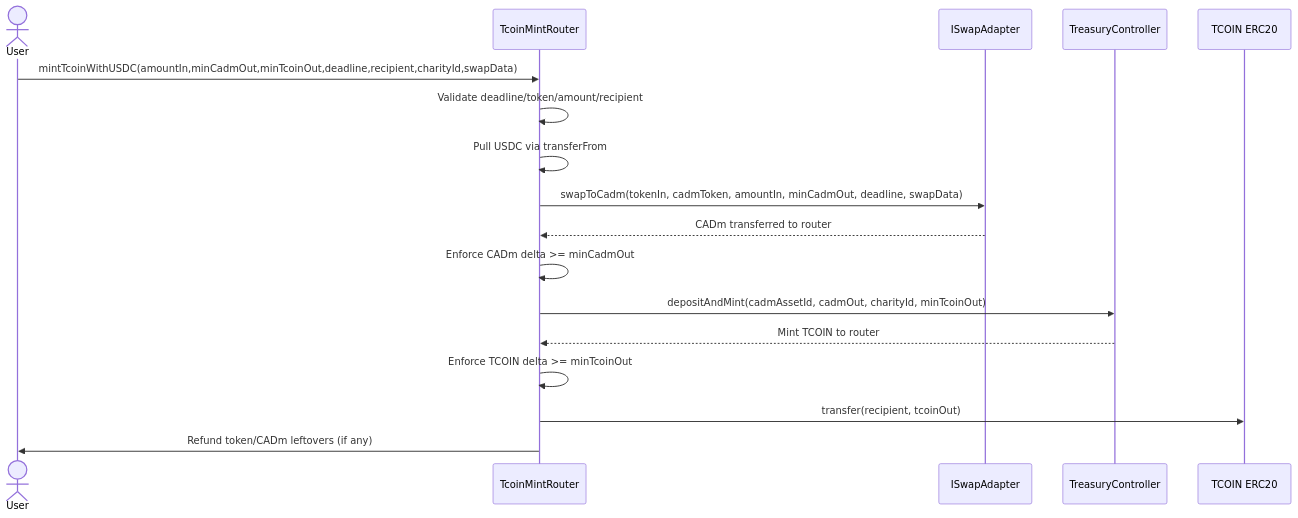
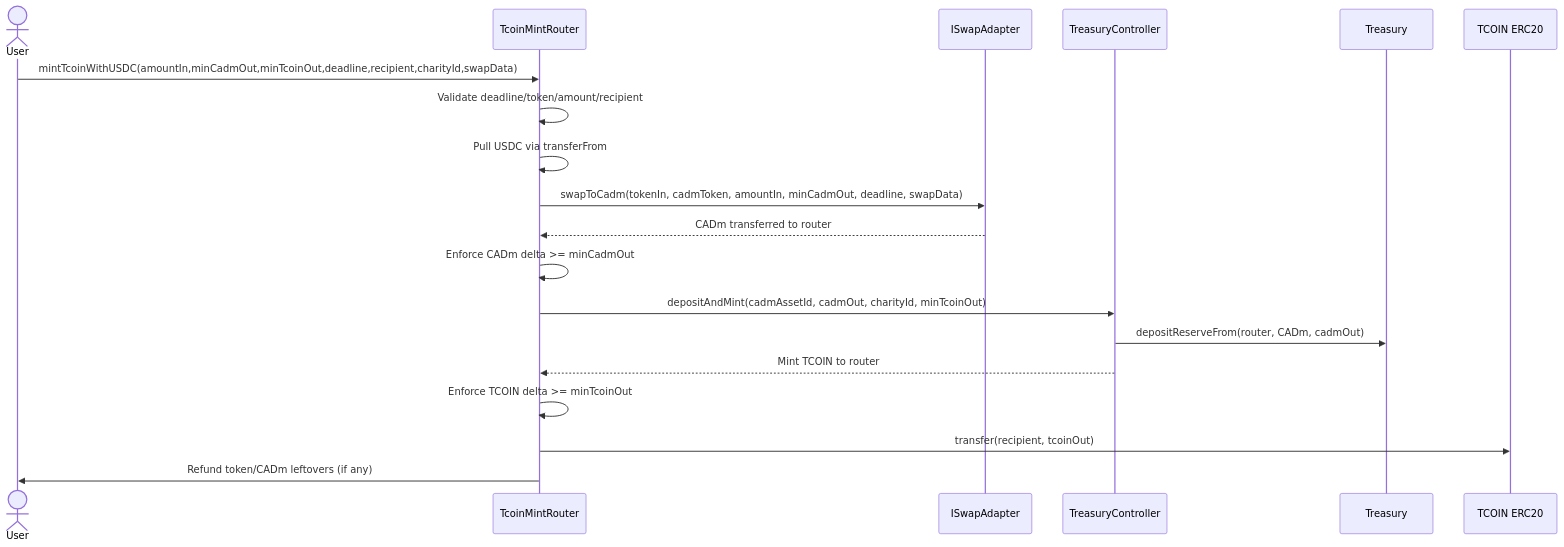
The diagram in docs/engineering/mintTcoinWithUSDC-architecture.md (GreenPill-TO/Genero), drawn with Mermaid before and after one commit. The commit also changed other lines of this file and 11 other files, not shown here.

````diff
--- a/docs/engineering/mintTcoinWithUSDC-architecture.md
+++ b/docs/engineering/mintTcoinWithUSDC-architecture.md
@@ -26,20 +30,22 @@
 ```mermaid
 sequenceDiagram
     actor User
     participant Router as TcoinMintRouter
     participant Adapter as ISwapAdapter
-    participant Treasury as TreasuryController
+    participant Controller as TreasuryController
+    participant Vault as Treasury
     participant TCOIN as TCOIN ERC20
 
     User->>Router: mintTcoinWithUSDC(amountIn,minCadmOut,minTcoinOut,deadline,recipient,charityId,swapData)
     Router->>Router: Validate deadline/token/amount/recipient
     Router->>Router: Pull USDC via transferFrom
     Router->>Adapter: swapToCadm(tokenIn, cadmToken, amountIn, minCadmOut, deadline, swapData)
     Adapter-->>Router: CADm transferred to router
     Router->>Router: Enforce CADm delta >= minCadmOut
-    Router->>Treasury: depositAndMint(cadmAssetId, cadmOut, charityId, minTcoinOut)
-    Treasury-->>Router: Mint TCOIN to router
+    Router->>Controller: depositAndMint(cadmAssetId, cadmOut, charityId, minTcoinOut)
+    Controller->>Vault: depositReserveFrom(router, CADm, cadmOut)
+    Controller-->>Router: Mint TCOIN to router
     Router->>Router: Enforce TCOIN delta >= minTcoinOut
     Router->>TCOIN: transfer(recipient, tcoinOut)
     Router->>User: Refund token/CADm leftovers (if any)
 ```
````
